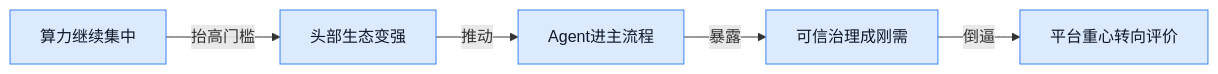
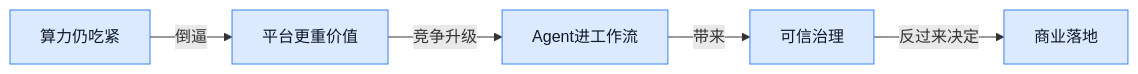
One commit to ylzsdafei/ai-daily-site changed the seventh of 8 diagrams in content/cn/blog/weekly/2026-W16.md. Above: the diagram before and after it, drawn with Mermaid. The commit also changed other lines of this file and 1 other file, not shown here.

````diff
--- a/content/cn/blog/weekly/2026-W16.md
+++ b/content/cn/blog/weekly/2026-W16.md
@@ -222,9 +247,9 @@
 ```mermaid
 graph LR
-A[算力继续集中] -->|抬高门槛| B[头部生态变强]
-B -->|推动| C[Agent进主流程]
-C -->|暴露| D[可信治理成刚需]
-D -->|倒逼| E[平台重心转向评价]
+A[算力仍吃紧] -->|倒逼| B[平台更重价值]
+B -->|竞争升级| C[Agent进工作流]
+C -->|带来| D[可信治理]
+D -->|反过来决定| E[商业落地]
 classDef blue fill:#dbeafe,stroke:#3b82f6,color:#111827
 class A,B,C,D,E blue
 ```
````
